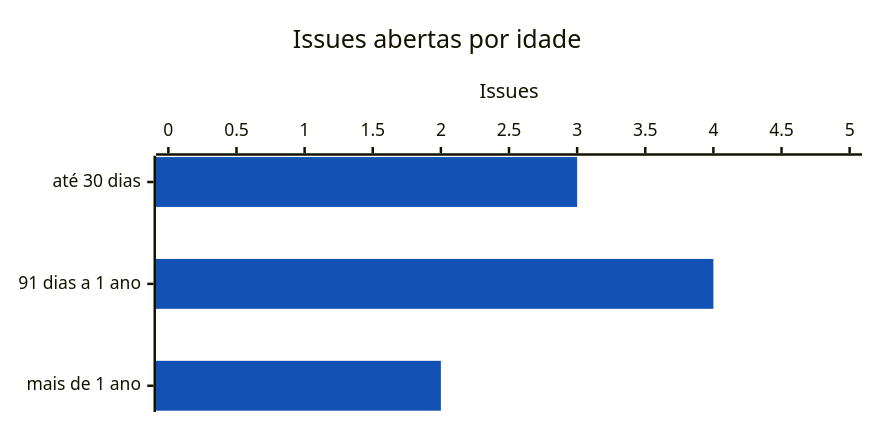
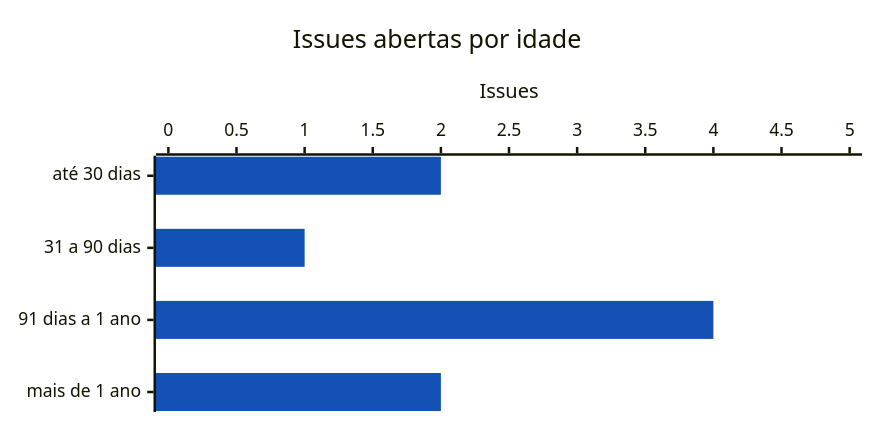
Before and after one commit to RochaCarla/doc-saas-bp: the third of 3 diagrams in docs/estatisticas/participa/contribuicoes.md, drawn with Mermaid. The commit also changed other lines of this file and 14 other files, not shown here.

````diff
--- a/docs/estatisticas/participa/contribuicoes.md
+++ b/docs/estatisticas/participa/contribuicoes.md
@@ -125,16 +125,16 @@
 ```mermaid
 ---
 config:
   xyChart:
     width: 680
     height: 320
   themeVariables:
     xyChart:
       plotColorPalette: "#1351b4, #ff8c00"
 ---
 xychart-beta horizontal
     title "Issues abertas por idade"
-    x-axis ["até 30 dias", "91 dias a 1 ano", "mais de 1 ano"]
+    x-axis ["até 30 dias", "31 a 90 dias", "91 dias a 1 ano", "mais de 1 ano"]
     y-axis "Issues" 0 --> 5
-    bar [3, 4, 2]
+    bar [2, 1, 4, 2]
 ```
````
